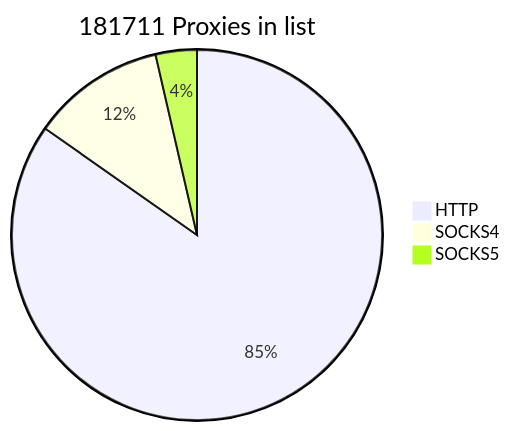
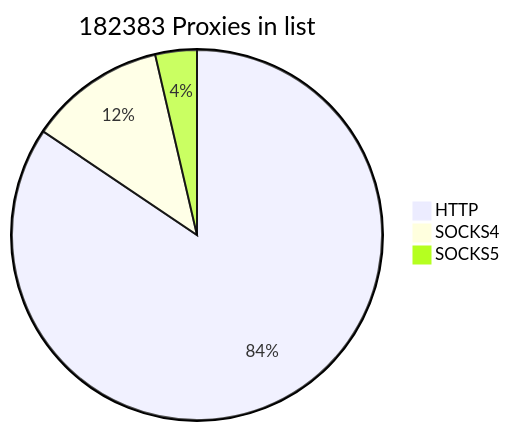
One commit to cutipu/proxylist changed the first of 2 diagrams in README.md. Above: the diagram before and after it, drawn with Mermaid. The commit also changed other lines of this file, not shown here.

````diff
--- a/README.md
+++ b/README.md
@@ -2,7 +2,7 @@
 ```mermaid
-pie title 181711 Proxies in list
-    "HTTP" : 153973
-    "SOCKS4" : 21200
-    "SOCKS5" : 6538
+pie title 182383 Proxies in list
+    "HTTP" : 153994
+    "SOCKS4" : 21769
+    "SOCKS5" : 6620
             
 ```
````
